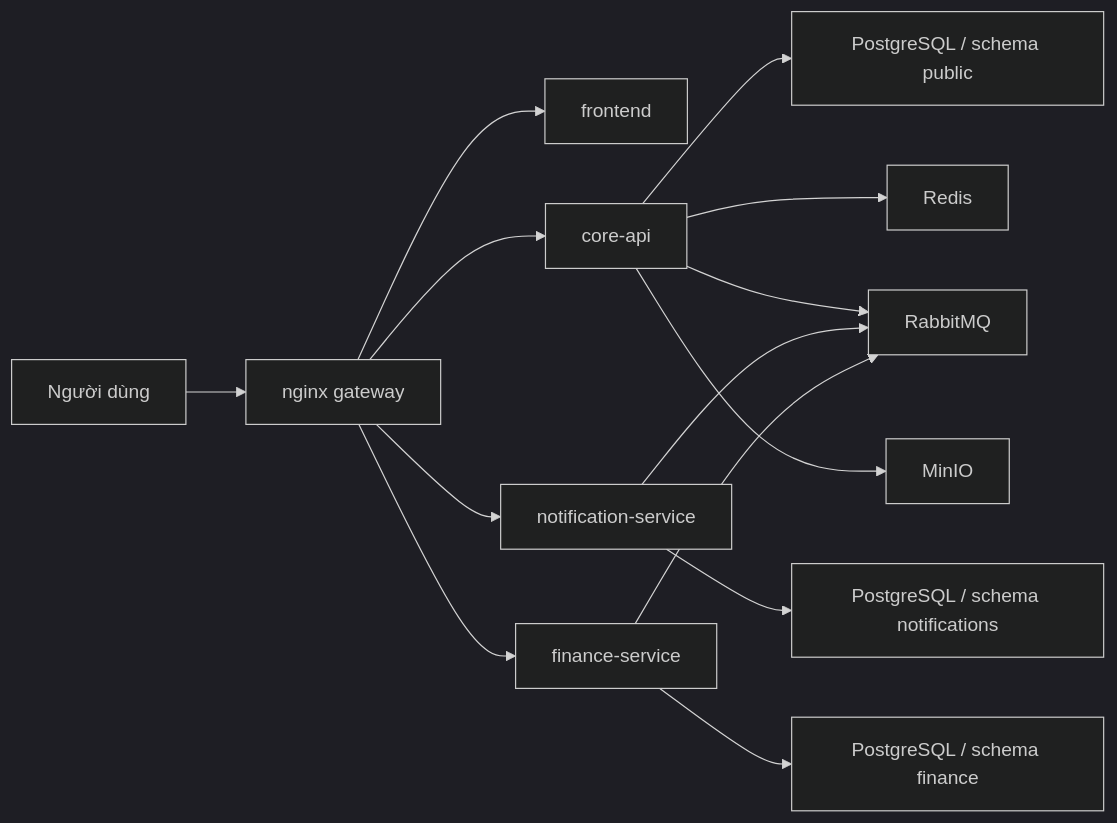
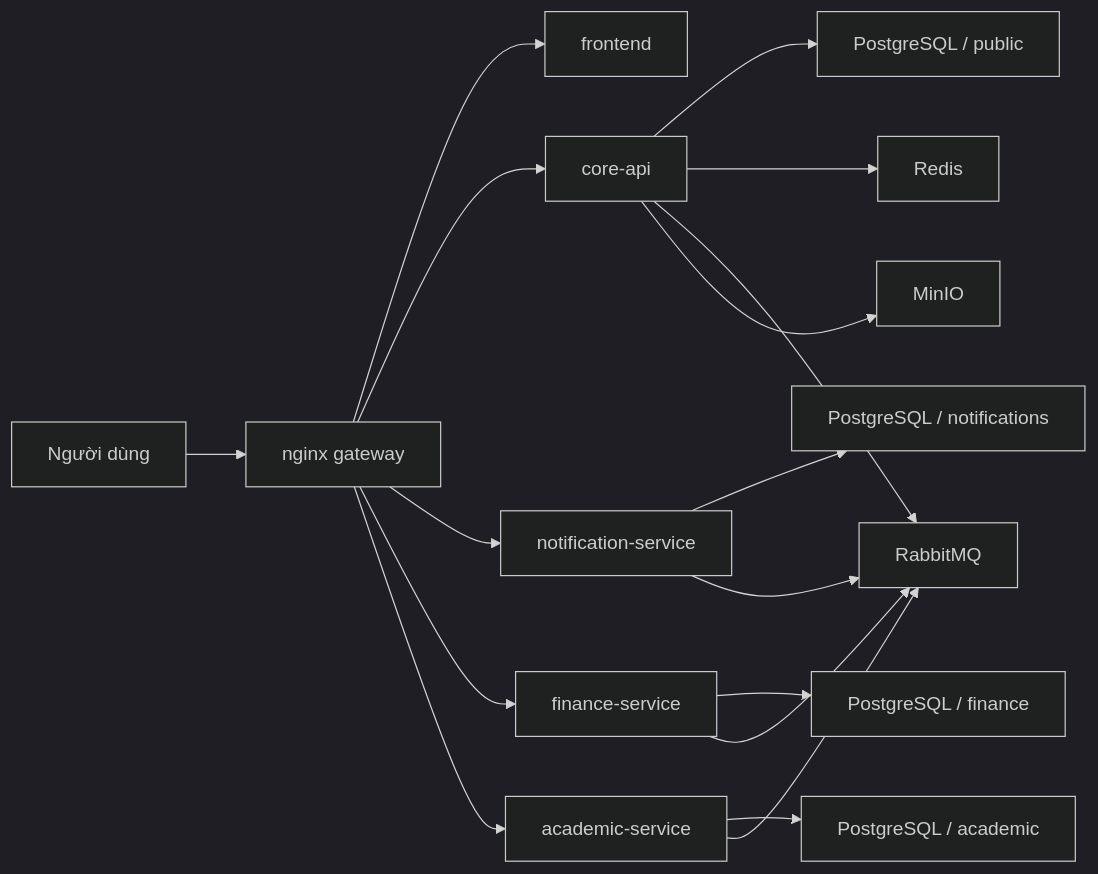
One commit to JasonTM17/CampusCore_FullStack_Individual changed the diagram in docs/ARCHITECTURE.md. Above: the diagram before and after it, drawn with Mermaid (dark theme). The commit also changed other lines of this file and 12 other files, not shown here.

Commit message:
docs(architecture): align readmes and operations guides for microservices v3

````diff
--- a/docs/ARCHITECTURE.md
+++ b/docs/ARCHITECTURE.md
@@ -89,18 +23,21 @@
 ```mermaid
 flowchart LR
   U["Người dùng"] --> N["nginx gateway"]
   N --> F["frontend"]
   N --> C["core-api"]
   N --> NS["notification-service"]
   N --> FS["finance-service"]
+  N --> AS["academic-service"]
 
-  C --> P1["PostgreSQL / schema public"]
-  NS --> P2["PostgreSQL / schema notifications"]
-  FS --> P3["PostgreSQL / schema finance"]
+  C --> P1["PostgreSQL / public"]
+  NS --> P2["PostgreSQL / notifications"]
+  FS --> P3["PostgreSQL / finance"]
+  AS --> P4["PostgreSQL / academic"]
 
   C --> R["Redis"]
   C --> Q["RabbitMQ"]
   NS --> Q
   FS --> Q
+  AS --> Q
   C --> M["MinIO"]
 ```
````
